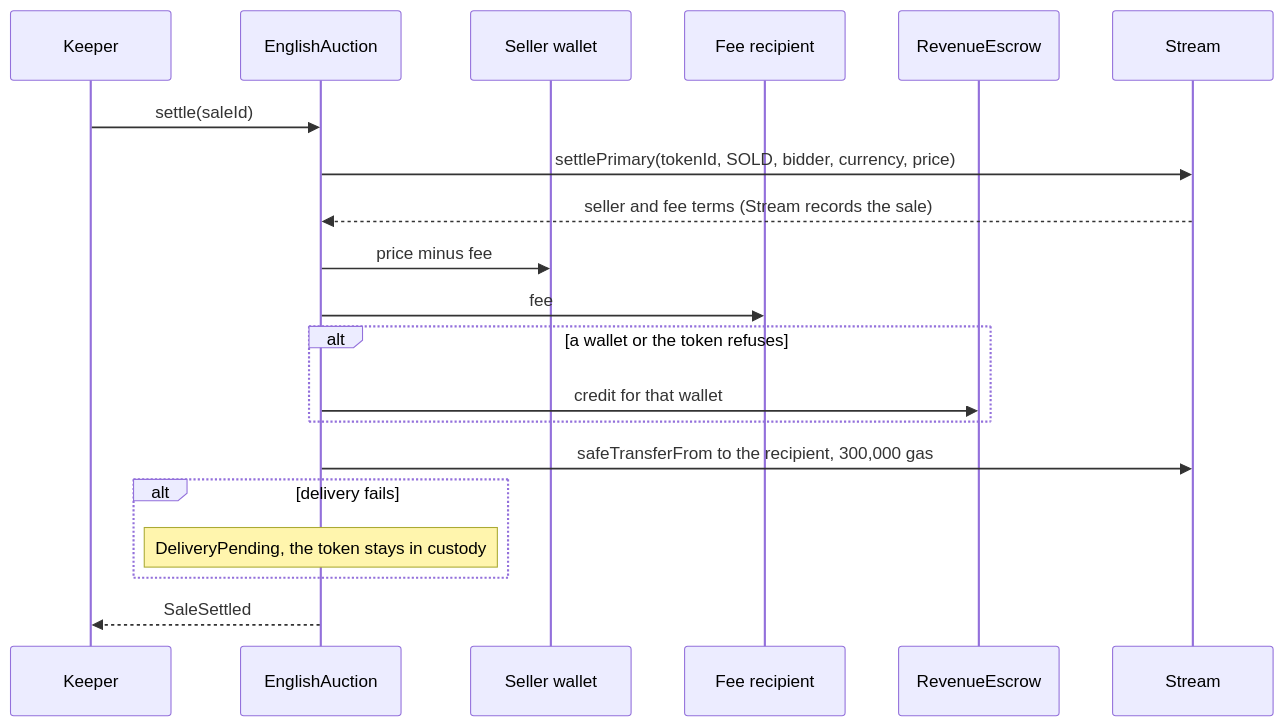
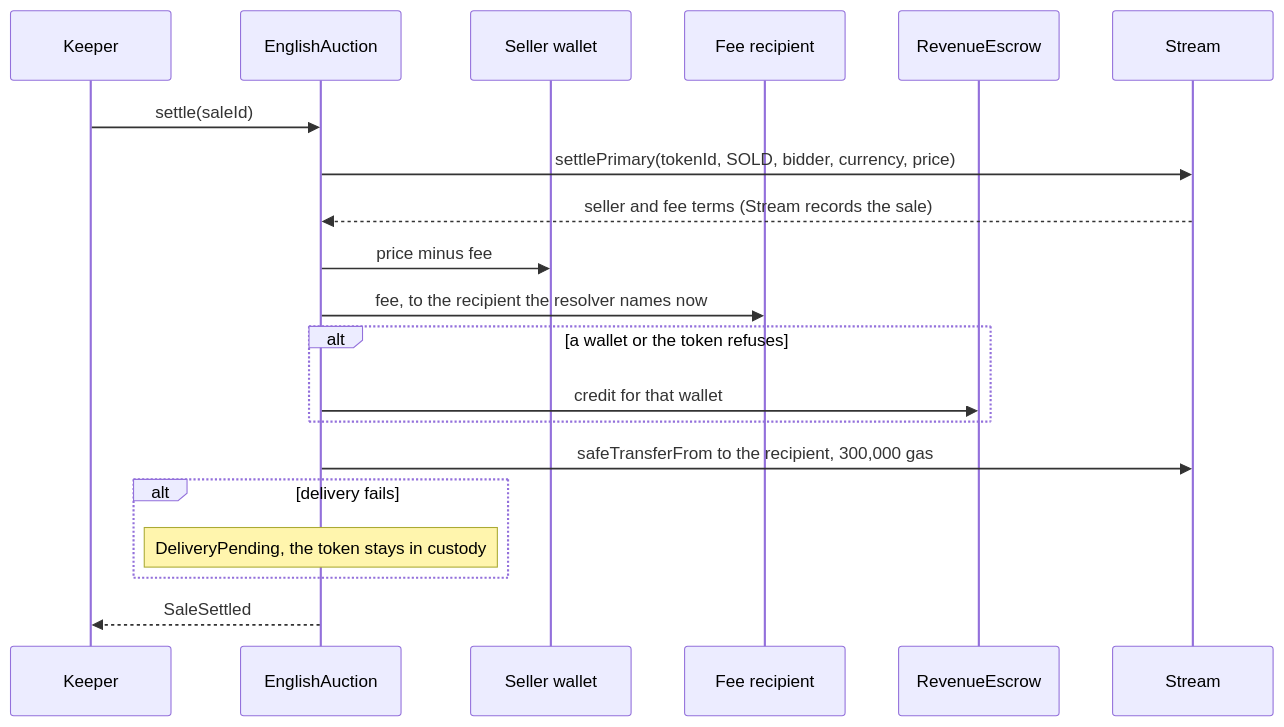
The fourth of 4 diagrams in docs/integrators/buying-bidding-settling.md (6529-Collections/6529-works), drawn with Mermaid before and after one commit. The commit also changed other lines of this file and 352 other files, not shown here.

````diff
--- a/docs/integrators/buying-bidding-settling.md
+++ b/docs/integrators/buying-bidding-settling.md
@@ -434,22 +471,22 @@
 ```mermaid
 sequenceDiagram
     participant Keeper
     participant Auction as EnglishAuction
     participant Seller as Seller wallet
     participant Fee as Fee recipient
     participant Escrow as RevenueEscrow
     participant Stream
     Keeper->>Auction: settle(saleId)
     Auction->>Stream: settlePrimary(tokenId, SOLD, bidder, currency, price)
     Stream-->>Auction: seller and fee terms (Stream records the sale)
     Auction->>Seller: price minus fee
-    Auction->>Fee: fee
+    Auction->>Fee: fee, to the recipient the resolver names now
     alt a wallet or the token refuses
         Auction->>Escrow: credit for that wallet
     end
     Auction->>Stream: safeTransferFrom to the recipient, 300,000 gas
     alt delivery fails
         Note over Auction: DeliveryPending, the token stays in custody
     end
     Auction-->>Keeper: SaleSettled
 ```
````
